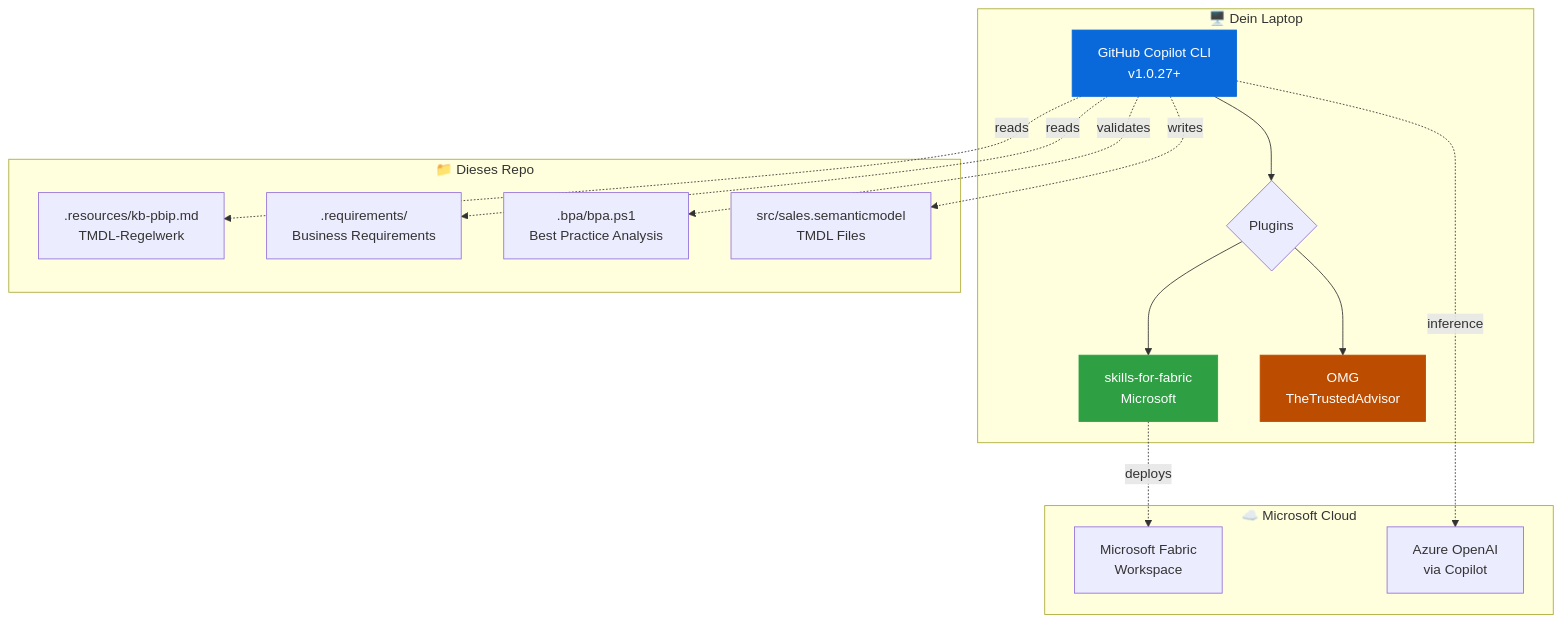
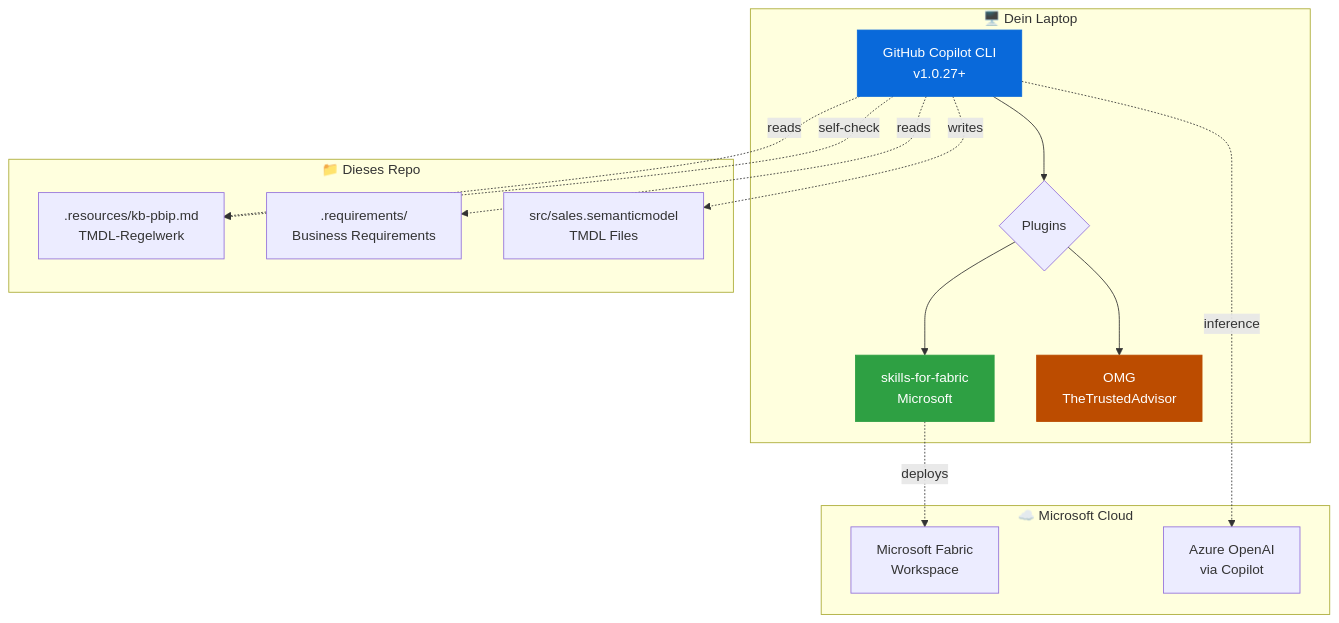
The third of 5 diagrams in README.md (TheTrustedAdvisor/global-azure-2026-agents-yolo), drawn with Mermaid before and after one commit. The commit also changed other lines of this file and 6 other files, not shown here.

````diff
--- a/README.md
+++ b/README.md
@@ -138,32 +156,31 @@
 ```mermaid
 flowchart TB
     subgraph Host["🖥️ Dein Laptop"]
         CLI[GitHub Copilot CLI<br/>v1.0.27+]
         CLI --> Plugins{Plugins}
         Plugins --> SFF[skills-for-fabric<br/>Microsoft]
         Plugins --> OMG[OMG<br/>TheTrustedAdvisor]
     end
 
     subgraph Repo["📁 Dieses Repo"]
         KB[.resources/kb-pbip.md<br/>TMDL-Regelwerk]
         REQ[.requirements/<br/>Business Requirements]
-        BPA[.bpa/bpa.ps1<br/>Best Practice Analysis]
         SRC[src/sales.semanticmodel<br/>TMDL Files]
     end
 
     subgraph Cloud["☁️ Microsoft Cloud"]
         Fabric[Microsoft Fabric<br/>Workspace]
         AzAI[Azure OpenAI<br/>via Copilot]
     end
 
     CLI -.reads.-> KB
     CLI -.reads.-> REQ
     CLI -.writes.-> SRC
-    CLI -.validates.-> BPA
+    CLI -.self-check.-> KB
     SFF -.deploys.-> Fabric
     CLI -.inference.-> AzAI
 
     style CLI fill:#0969da,stroke:#0969da,color:#fff
     style SFF fill:#2ea043,stroke:#2ea043,color:#fff
     style OMG fill:#bc4c00,stroke:#bc4c00,color:#fff
 ```
````
